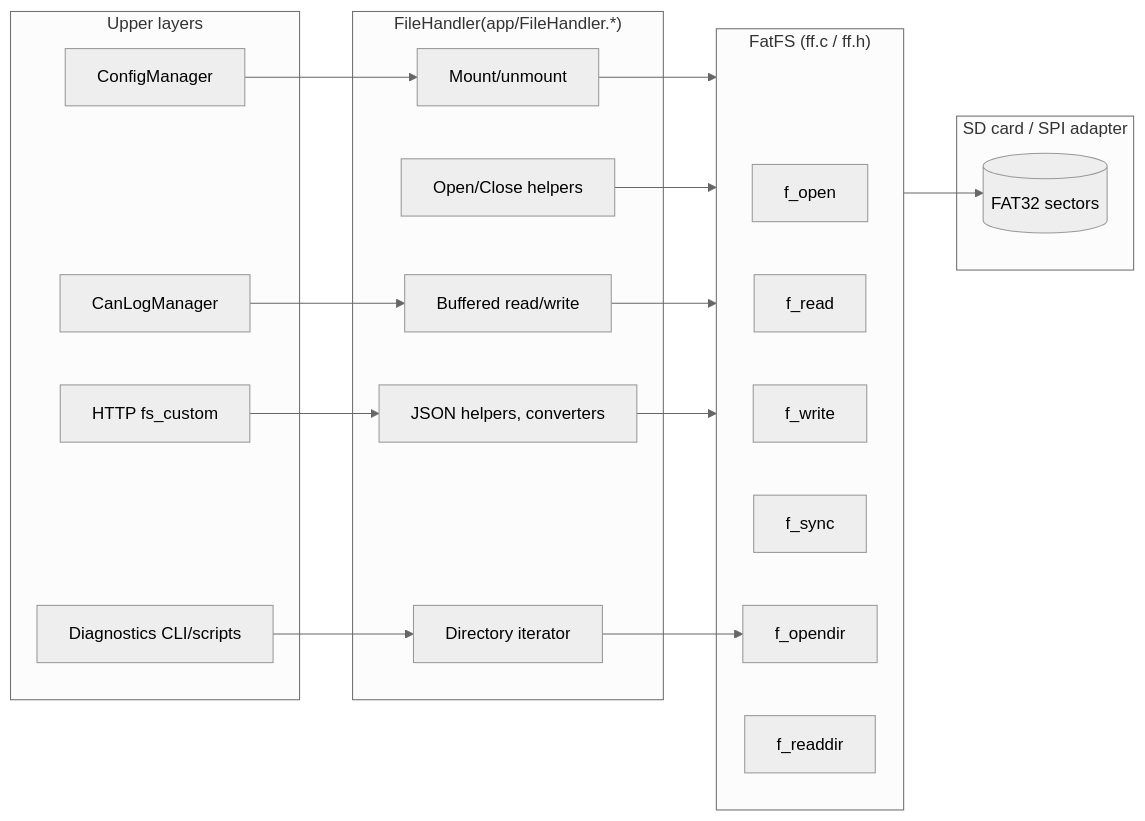
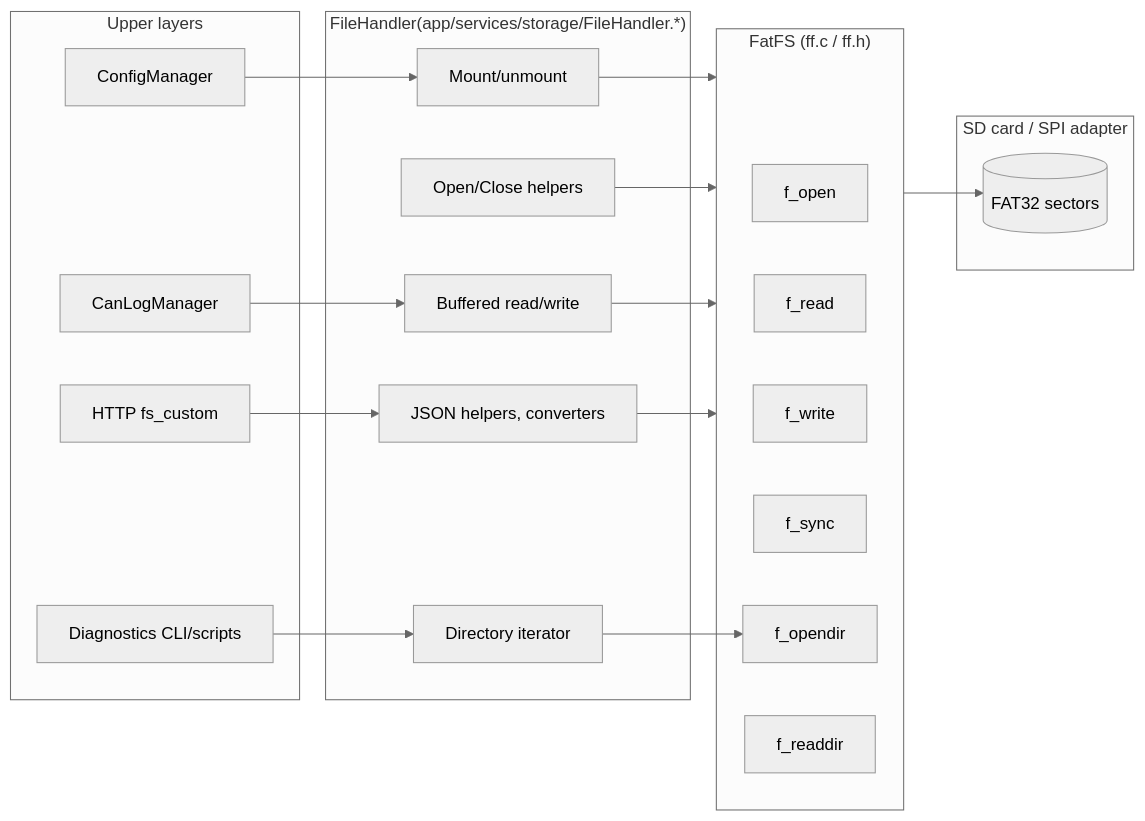
The diagram in doc/images/filesystem_facade.md (Clomann/stm32h7-CAN-sniffer), drawn with Mermaid (neutral theme) before and after one commit. The commit also changed 10 other files, not shown here.

````diff
--- a/doc/images/filesystem_facade.md
+++ b/doc/images/filesystem_facade.md
@@ -3,43 +3,43 @@
 ```mermaid
 flowchart LR
     subgraph AppLayer[Upper layers]
         Config[ConfigManager]
         LogMgr[CanLogManager]
         HttpFs[HTTP fs_custom]
         Diagnostics[Diagnostics CLI/scripts]
     end
 
-    subgraph FileHandler["FileHandler(app/FileHandler.*)"]
+    subgraph FileHandler["FileHandler(app/services/storage/FileHandler.*)"]
         Mount[Mount/unmount]
         OpenClose["Open/Close helpers"]
         RW["Buffered read/write"]
         Iterator["Directory iterator"]
         Helpers["JSON helpers, converters"]
     end
 
     subgraph FatFS["FatFS (ff.c / ff.h)"]
         f_open
         f_read
         f_write
         f_sync
         f_opendir
         f_readdir
     end
 
     subgraph Storage["SD card / SPI adapter"]
         Blocks[(FAT32 sectors)]
     end
 
     Config --> Mount
     LogMgr --> RW
     HttpFs --> Helpers
     Diagnostics --> Iterator
 
     Mount --> FatFS
     OpenClose --> FatFS
     RW --> FatFS
     Iterator --> f_opendir
     Helpers --> FatFS
 
     FatFS --> Blocks
 ```
````
